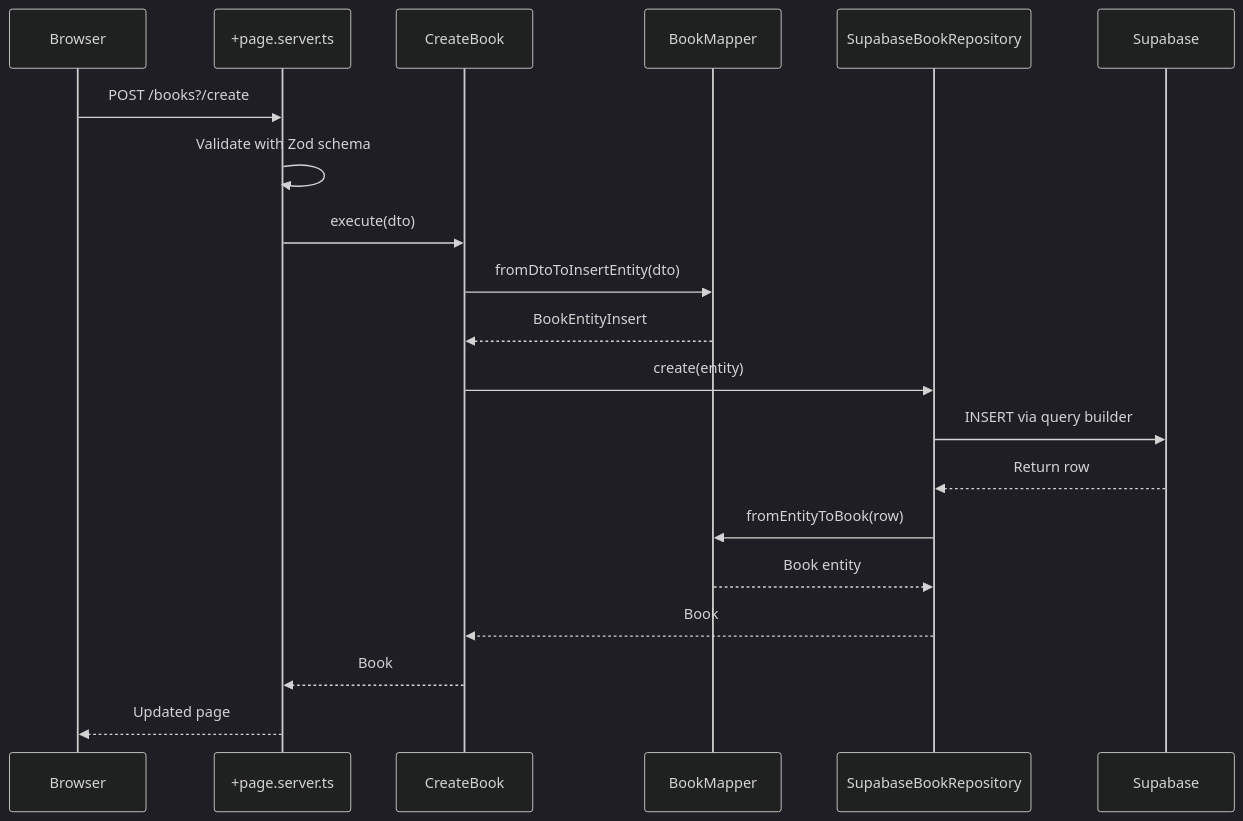
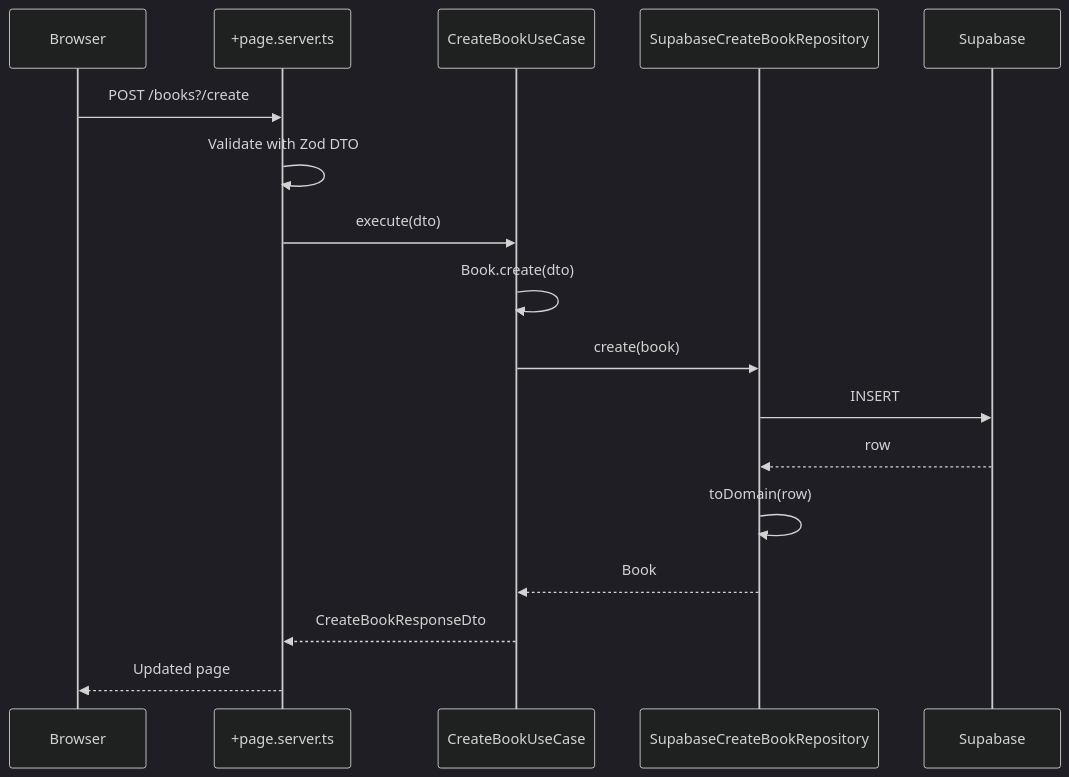
The second of 2 diagrams in docs/01_ARCHITECTURE.md (Agustin-Perezz/svelte-supabase-starter-template), drawn with Mermaid (dark theme) before and after one commit. The commit also changed other lines of this file and 7 other files, not shown here.

Commit message:
Update documentation to reflect clean architecture refactor with reconstruct pattern and per-use-case interfaces

````diff
--- a/docs/01_ARCHITECTURE.md
+++ b/docs/01_ARCHITECTURE.md
@@ -114,23 +90,20 @@
 ```mermaid
 sequenceDiagram
     participant Browser
     participant Route as +page.server.ts
-    participant UC as CreateBook
-    participant Mapper as BookMapper
-    participant Repo as SupabaseBookRepository
+    participant UC as CreateBookUseCase
+    participant Repo as SupabaseCreateBookRepository
     participant Supabase
 
     Browser->>Route: POST /books?/create
-    Route->>Route: Validate with Zod schema
+    Route->>Route: Validate with Zod DTO
     Route->>UC: execute(dto)
-    UC->>Mapper: fromDtoToInsertEntity(dto)
-    Mapper-->>UC: BookEntityInsert
-    UC->>Repo: create(entity)
-    Repo->>Supabase: INSERT via query builder
-    Supabase-->>Repo: Return row
-    Repo->>Mapper: fromEntityToBook(row)
-    Mapper-->>Repo: Book entity
+    UC->>UC: Book.create(dto)
+    UC->>Repo: create(book)
+    Repo->>Supabase: INSERT
+    Supabase-->>Repo: row
+    Repo->>Repo: toDomain(row)
     Repo-->>UC: Book
-    UC-->>Route: Book
+    UC-->>Route: CreateBookResponseDto
     Route-->>Browser: Updated page
 ```
````
